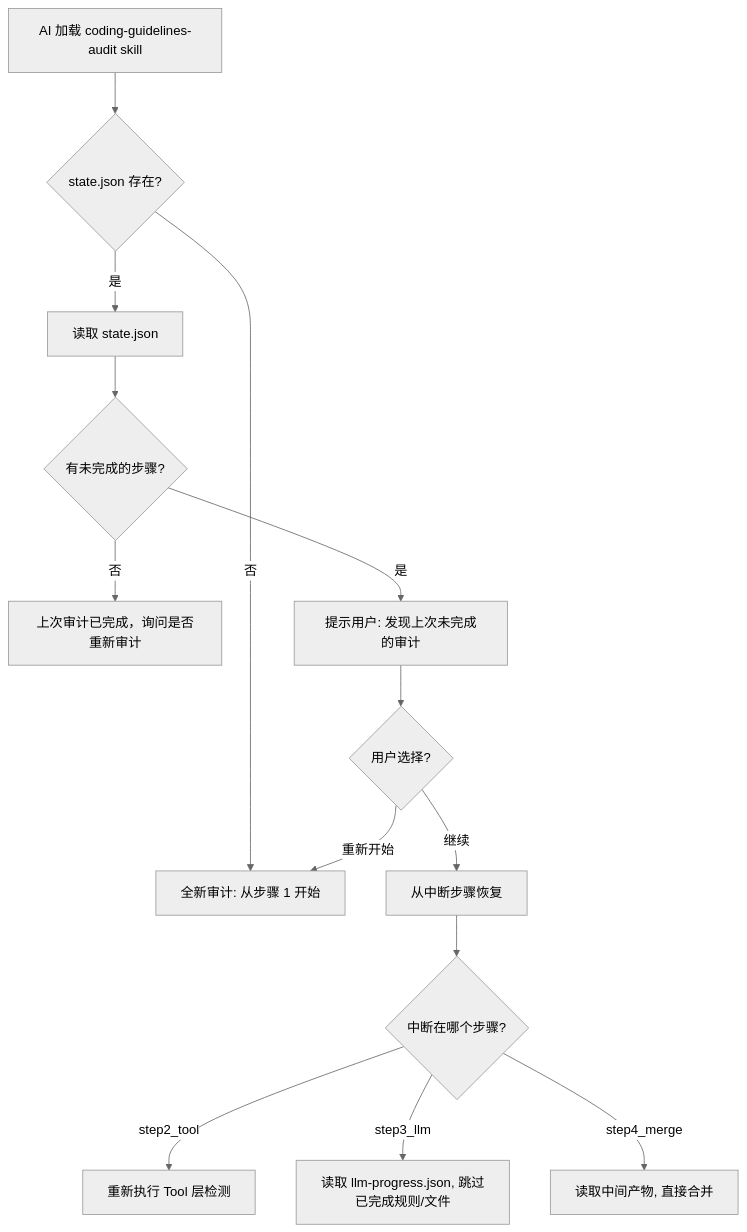
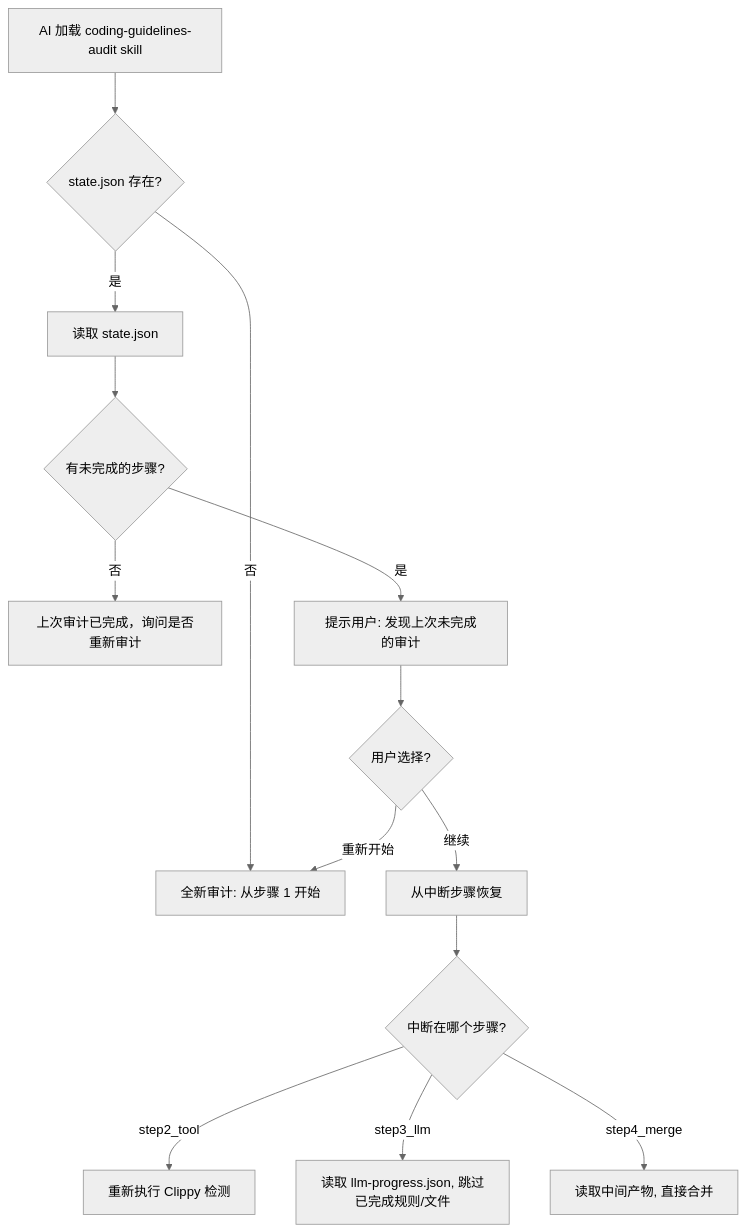
The fourth of 4 diagrams in plans/architecture.md (LeeLiangmin/rust-coding-guideline-skills), drawn with Mermaid (neutral theme) before and after one commit. The commit also changed other lines of this file and 10 other files, not shown here.

````diff
--- a/plans/architecture.md
+++ b/plans/architecture.md
@@ -502,20 +564,20 @@
 ```mermaid
 flowchart TD
     A[AI 加载 coding-guidelines-audit skill] --> B{state.json 存在?}
 
     B -->|否| C[全新审计: 从步骤 1 开始]
     B -->|是| D[读取 state.json]
 
     D --> E{有未完成的步骤?}
     E -->|否| F[上次审计已完成，询问是否重新审计]
     E -->|是| G[提示用户: 发现上次未完成的审计]
 
     G --> H{用户选择?}
     H -->|继续| I[从中断步骤恢复]
     H -->|重新开始| C
 
     I --> J{中断在哪个步骤?}
-    J -->|step2_tool| K[重新执行 Tool 层检测]
+    J -->|step2_tool| K[重新执行 Clippy 检测]
     J -->|step3_llm| L[读取 llm-progress.json, 跳过已完成规则/文件]
     J -->|step4_merge| M[读取中间产物, 直接合并]
 ```
````
